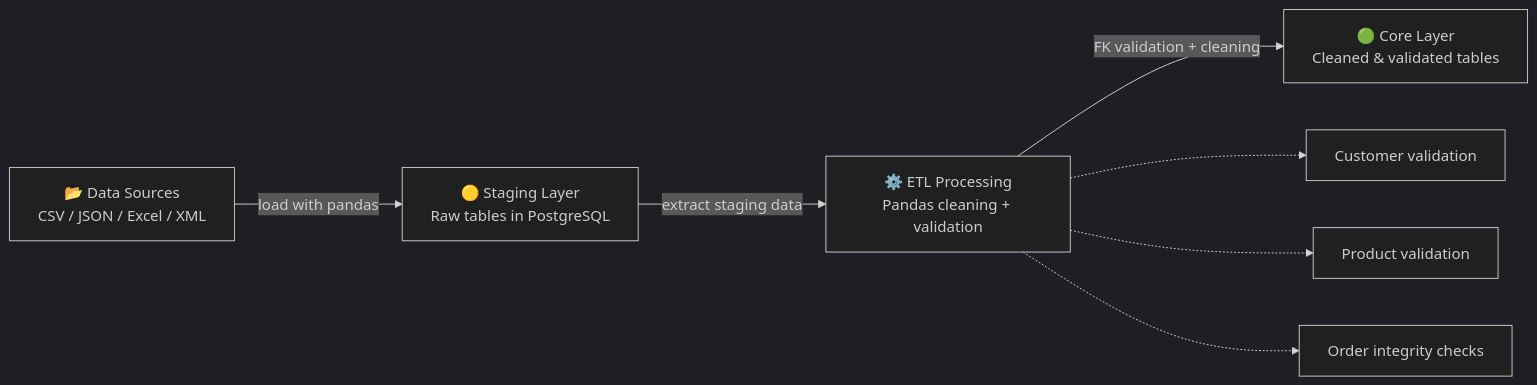
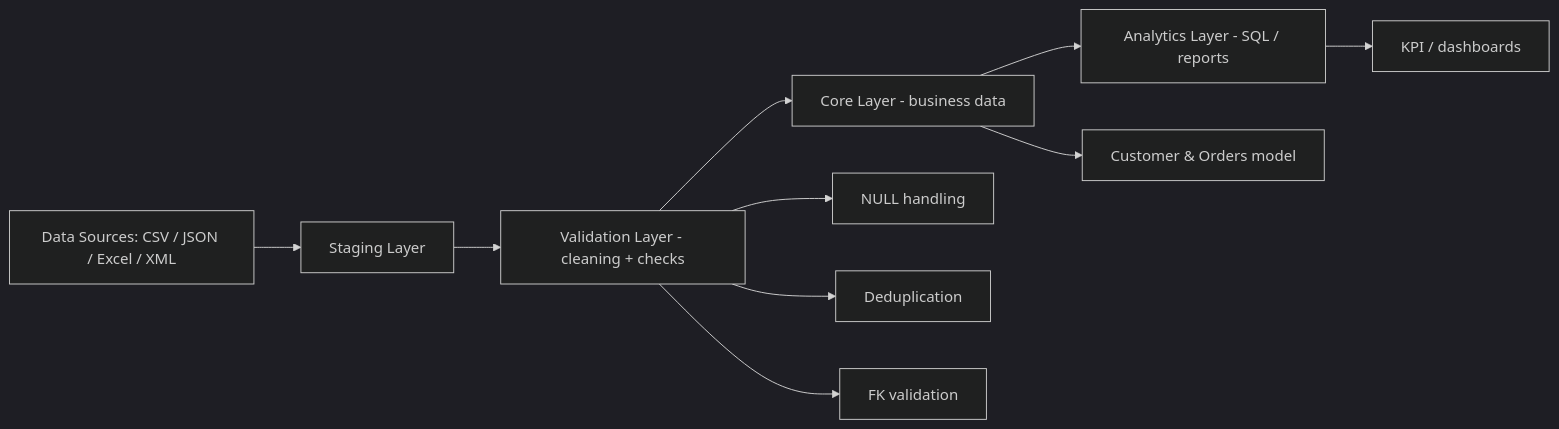
The first of 2 diagrams in README.md (affection7/pipline_dit_dz), drawn with Mermaid (dark theme) before and after one commit. The commit also changed other lines of this file, not shown here.

Commit message:
Update README with project description and architecture

````diff
--- a/README.md
+++ b/README.md
@@ -11,35 +11,22 @@
 ```mermaid
 flowchart LR
 
-%% ======================
-%% SOURCES
-%% ======================
-A[📂 Data Sources<br/>CSV / JSON / Excel / XML]
+A[Data Sources: CSV / JSON / Excel / XML]
 
-%% ======================
-%% STAGING LAYER
-%% ======================
-B[🟡 Staging Layer<br/>Raw tables in PostgreSQL]
+B[Staging Layer]
 
-%% ======================
-%% TRANSFORMATION
-%% ======================
-C[⚙️ ETL Processing<br/>Pandas cleaning + validation]
+C[Validation Layer - cleaning + checks]
 
-%% ======================
-%% CORE LAYER
-%% ======================
-D[🟢 Core Layer<br/>Cleaned & validated tables]
+D[Core Layer - business data]
 
-%% ======================
-%% RELATIONSHIPS
-%% ======================
-A -->|load with pandas| B
-B -->|extract staging data| C
-C -->|FK validation + cleaning| D
+E[Analytics Layer - SQL / reports]
 
-%% optional internal detail
-C -.-> C1[Customer validation]
-C -.-> C2[Product validation]
-C -.-> C3[Order integrity checks]
+A --> B --> C --> D --> E
+
+C --> C1[NULL handling]
+C --> C2[Deduplication]
+C --> C3[FK validation]
+
+D --> D1[Customer & Orders model]
+E --> E1[KPI / dashboards]
 ```
````
